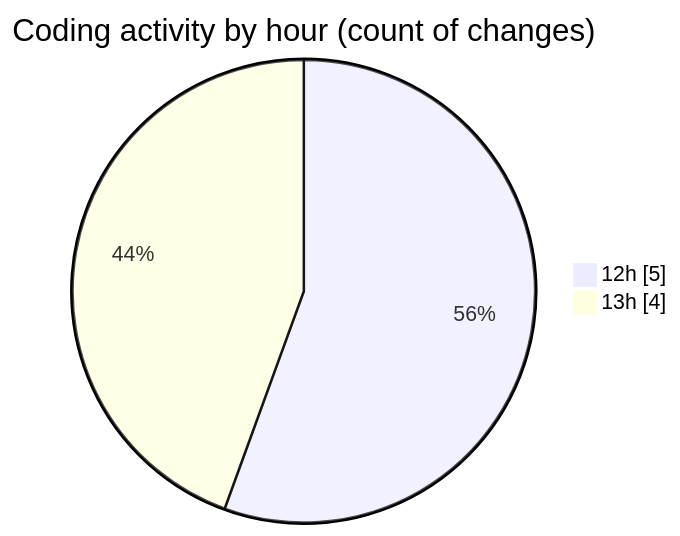
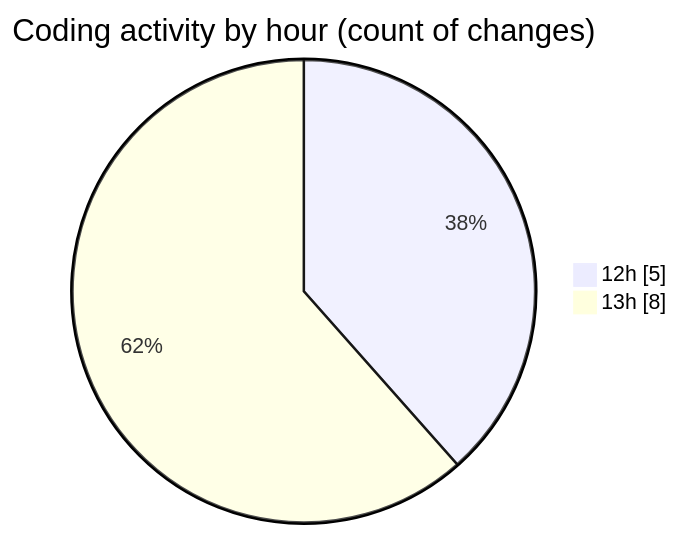
One commit to ricardozamudiocil/code-tracking changed the second of 2 diagrams in 2026-05-22/cilapp/README.md. Above: the diagram before and after it, drawn with Mermaid. The commit also changed other lines of this file and 1 other file, not shown here.

````diff
--- a/2026-05-22/cilapp/README.md
+++ b/2026-05-22/cilapp/README.md
@@ -28,6 +28,6 @@
 ```mermaid
 pie showData
 title Coding activity by hour (count of changes)
 "12h" : 5
-"13h" : 4
+"13h" : 8
 ```
````
